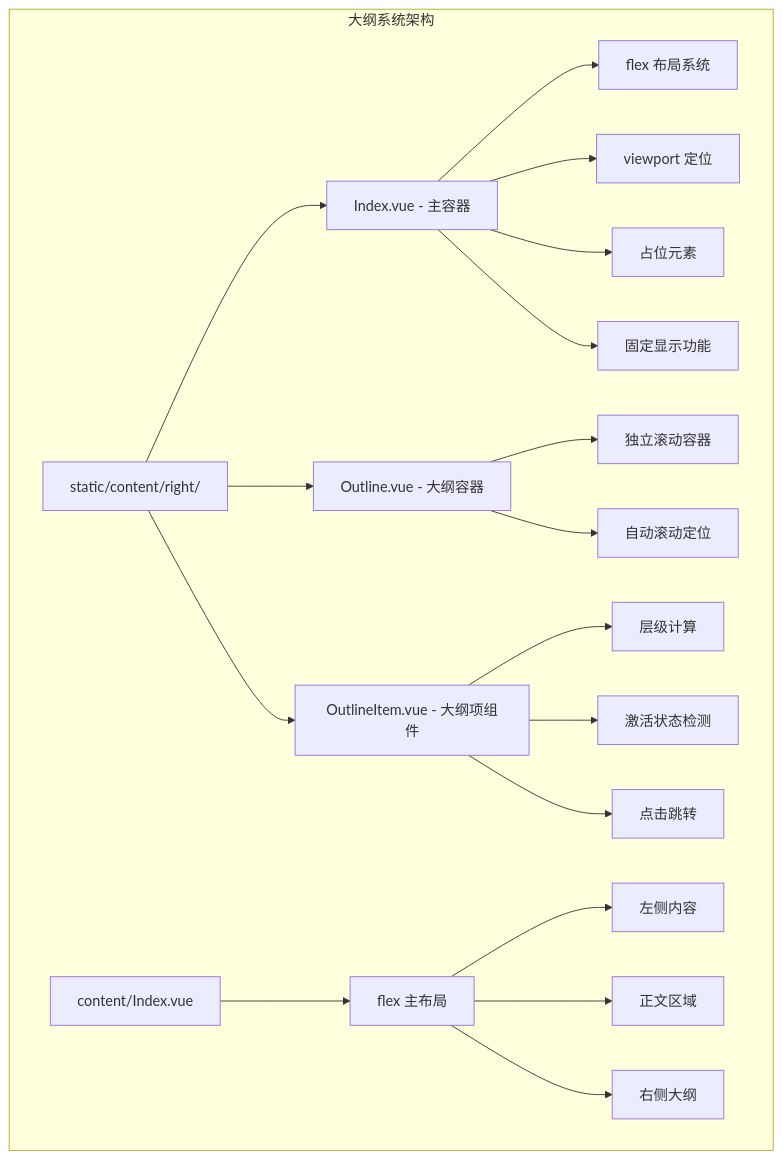
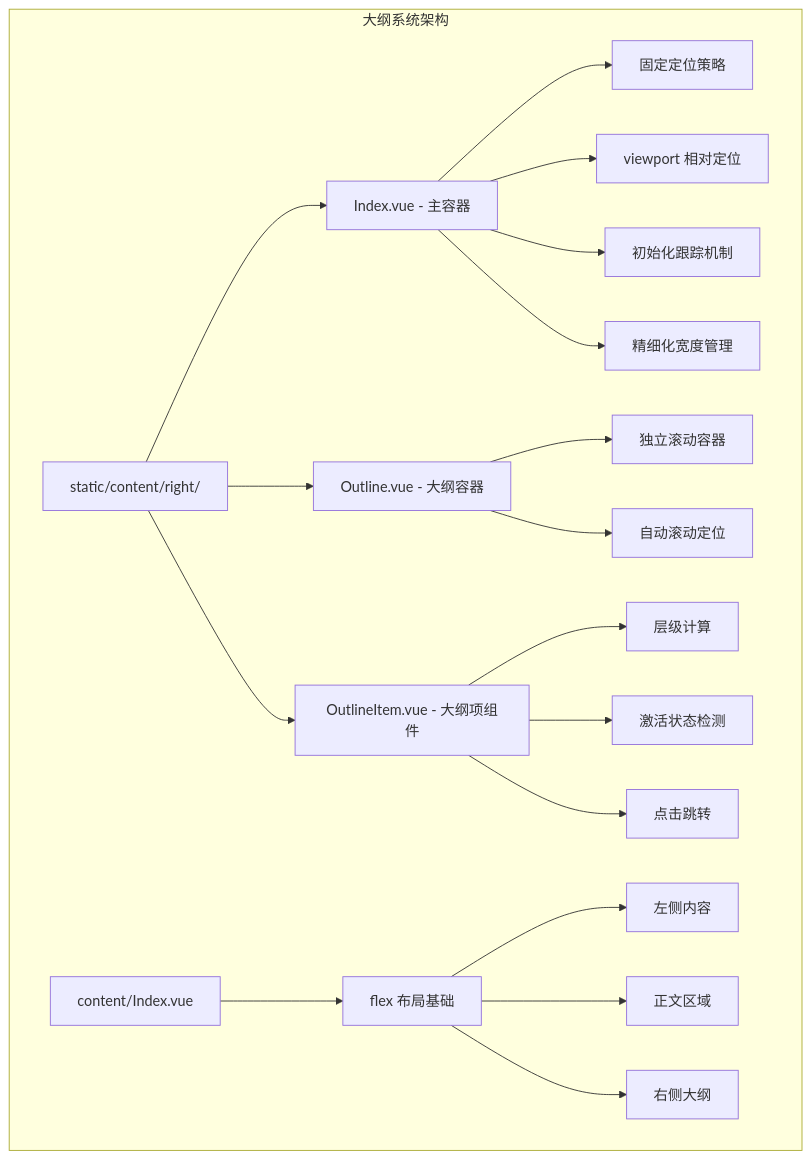
Before and after one commit to terwer/siyuan-plugin-blog: the first of 10 diagrams in .qoder/repowiki/zh/content/Outline System.md, drawn with Mermaid. The commit also changed other lines of this file and 3 other files, not shown here.

````diff
--- a/.qoder/repowiki/zh/content/Outline System.md
+++ b/.qoder/repowiki/zh/content/Outline System.md
@@ -60,21 +58,21 @@
 ```mermaid
 graph TB
 subgraph "大纲系统架构"
 A[static/content/right/] --> B[Index.vue - 主容器]
 A --> C[Outline.vue - 大纲容器]
 A --> D[OutlineItem.vue - 大纲项组件]
-B --> E[flex 布局系统]
-B --> F[viewport 定位]
-B --> G[占位元素]
-B --> H[固定显示功能]
+B --> E[固定定位策略]
+B --> F[viewport 相对定位]
+B --> G[初始化跟踪机制]
+B --> H[精细化宽度管理]
 C --> I[独立滚动容器]
 C --> J[自动滚动定位]
 D --> K[层级计算]
 D --> L[激活状态检测]
 D --> M[点击跳转]
-N[content/Index.vue] --> O[flex 主布局]
+N[content/Index.vue] --> O[flex 布局基础]
 O --> P[左侧内容]
 O --> Q[正文区域]
 O --> R[右侧大纲]
 end
 ```
````
